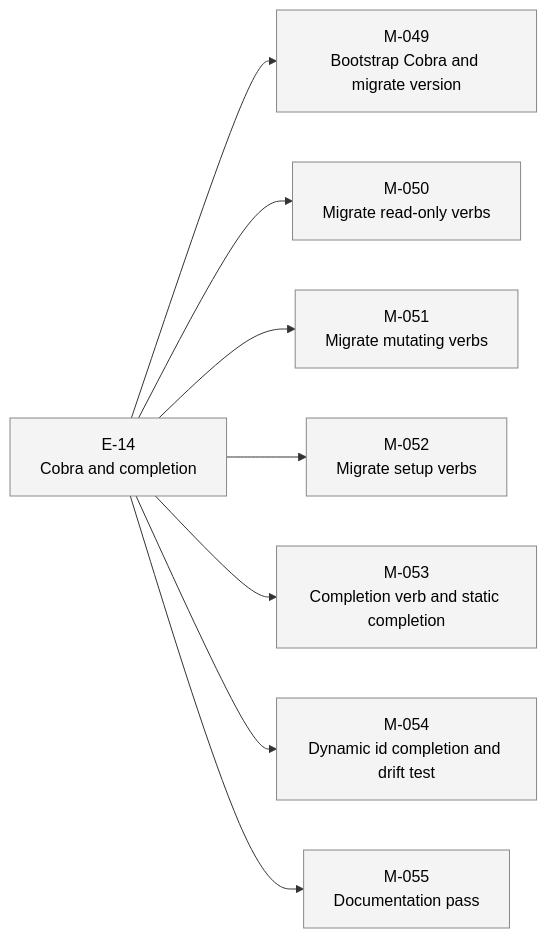
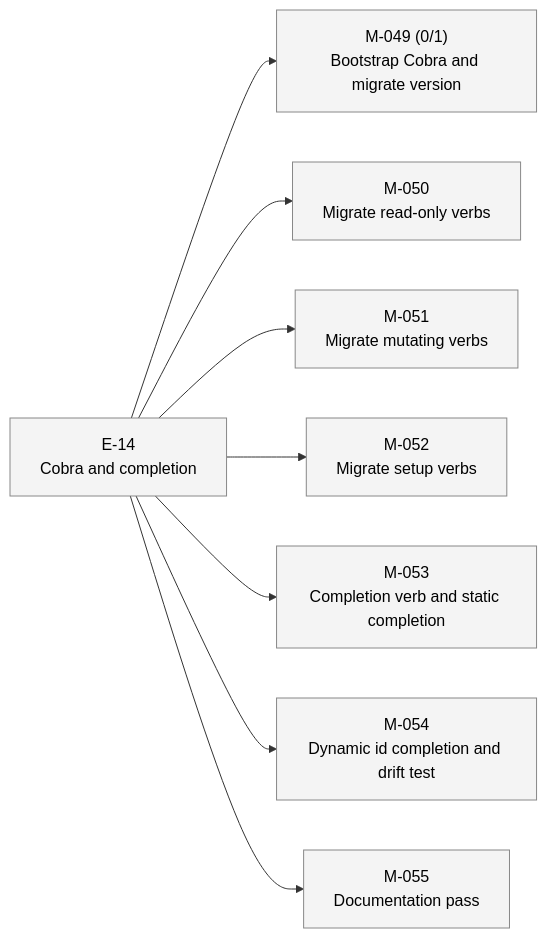
The second of 2 diagrams in STATUS.md (23min/aiwf), drawn with Mermaid before and after one commit. The commit also changed other lines of this file and 1 other file, not shown here.

Commit message:
aiwf add ac M-049/AC-1 "Cobra dependency added to go.mod with one-line justification in commit message"
aiwf-verb: add
aiwf-entity: M-049/AC-1
aiwf-actor: human/peter

````diff
--- a/STATUS.md
+++ b/STATUS.md
@@ -38,24 +38,24 @@
 ```mermaid
 flowchart LR
   E_14["E-14<br/>Cobra and completion"]:::epic_proposed
-  M_049["M-049<br/>Bootstrap Cobra and migrate version"]:::ms_draft
+  M_049["M-049 (0/1)<br/>Bootstrap Cobra and migrate version"]:::ms_draft
   E_14 --> M_049
   M_050["M-050<br/>Migrate read-only verbs"]:::ms_draft
   E_14 --> M_050
   M_051["M-051<br/>Migrate mutating verbs"]:::ms_draft
   E_14 --> M_051
   M_052["M-052<br/>Migrate setup verbs"]:::ms_draft
   E_14 --> M_052
   M_053["M-053<br/>Completion verb and static completion"]:::ms_draft
   E_14 --> M_053
   M_054["M-054<br/>Dynamic id completion and drift test"]:::ms_draft
   E_14 --> M_054
   M_055["M-055<br/>Documentation pass"]:::ms_draft
   E_14 --> M_055
   classDef epic_active fill:#d6eaff,stroke:#1a73e8,color:#000
   classDef epic_proposed fill:#f4f4f4,stroke:#888,color:#000
   classDef ms_done fill:#d8f5d8,stroke:#2a8a2a,color:#000
   classDef ms_in_progress fill:#fff3c4,stroke:#caa400,color:#000
   classDef ms_draft fill:#f4f4f4,stroke:#888,color:#000
   classDef ms_cancelled fill:#fbeaea,stroke:#c33,color:#000
 ```
````
